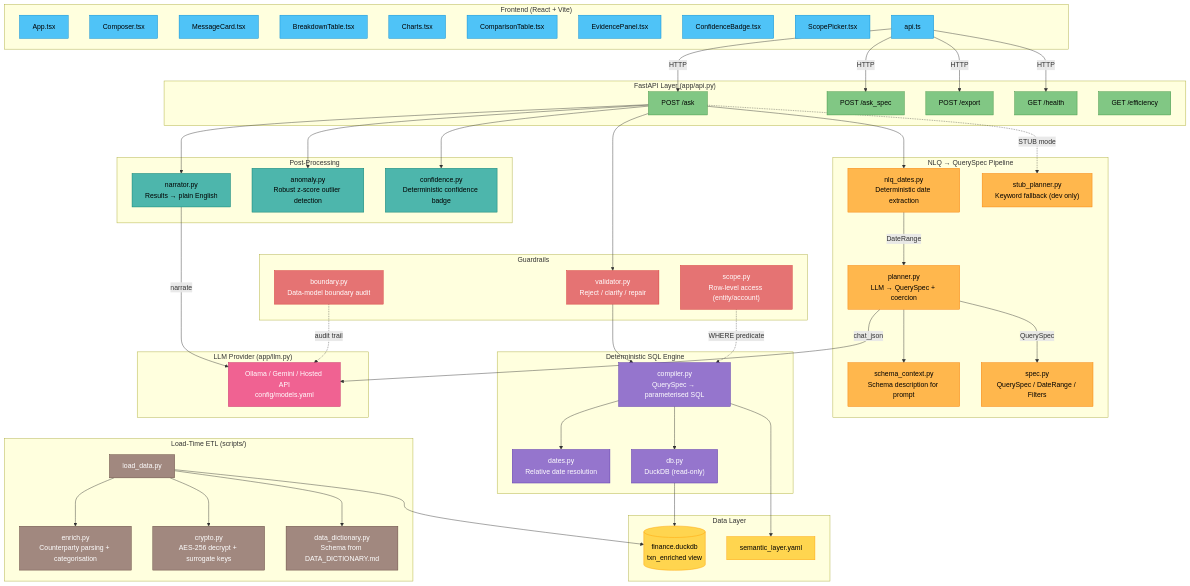
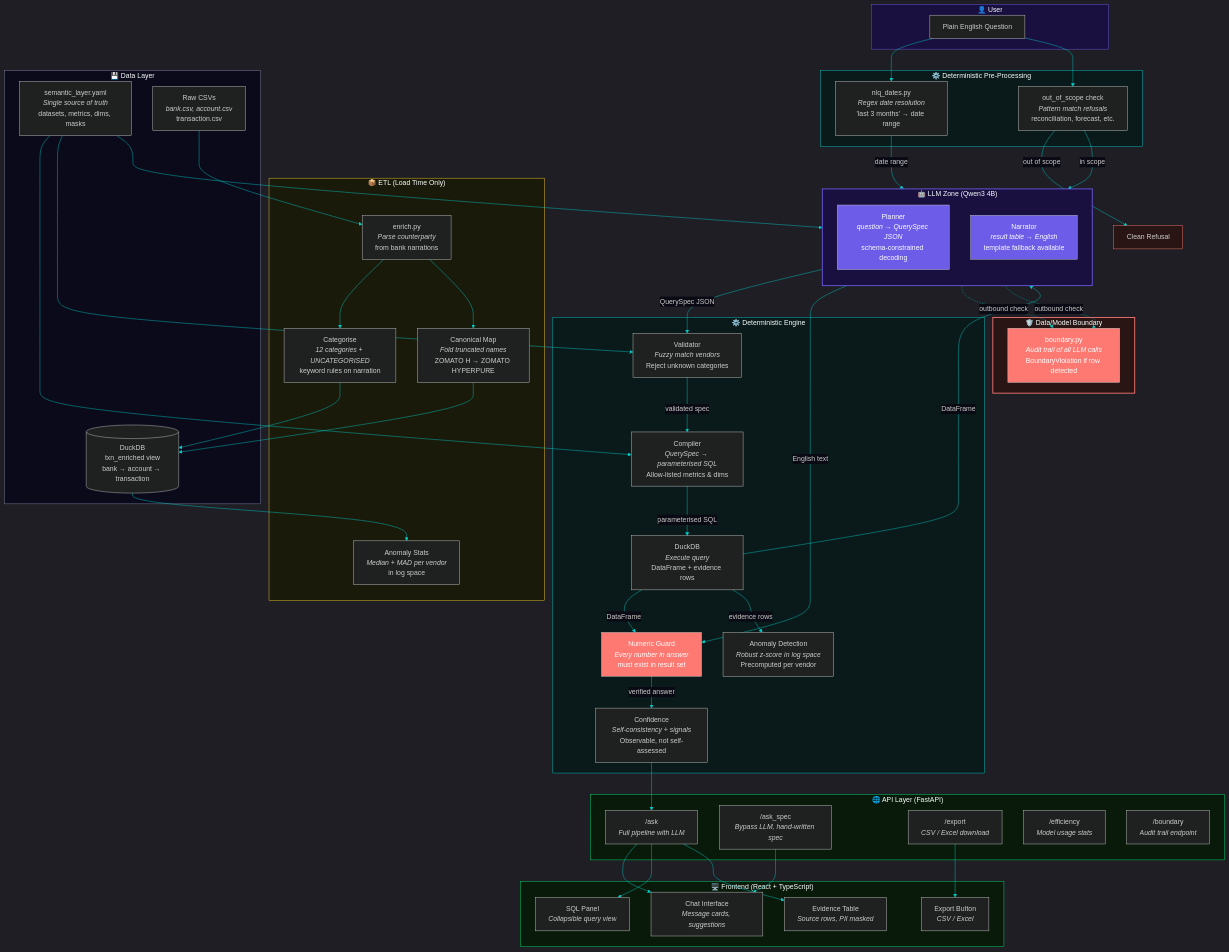
Before and after one commit to Aahan215/ByteRideFinanceAssistant: the diagram in ARCHITECTURE.md, drawn with Mermaid. The commit also changed other lines of this file, not shown here.

Commit message:
Added changes

````diff
--- a/ARCHITECTURE.md
+++ b/ARCHITECTURE.md
@@ -3,124 +1,114 @@
 ```mermaid
-graph TB
-    subgraph Frontend["Frontend (React + Vite)"]
-        UI[App.tsx]
-        Composer[Composer.tsx]
-        MessageCard[MessageCard.tsx]
-        BreakdownTable[BreakdownTable.tsx]
-        Charts[Charts.tsx]
-        ComparisonTable[ComparisonTable.tsx]
-        EvidencePanel[EvidencePanel.tsx]
-        ConfidenceBadge[ConfidenceBadge.tsx]
-        ScopePicker[ScopePicker.tsx]
-        APIClient[api.ts]
+%%{init: {'theme': 'dark', 'themeVariables': { 'primaryColor': '#6c5ce7', 'primaryTextColor': '#f0f0ff', 'primaryBorderColor': '#6c5ce7', 'lineColor': '#00cec9', 'secondaryColor': '#12122a', 'tertiaryColor': '#1a1a3e', 'edgeLabelBackground': '#0a0a14', 'clusterBkg': '#12122a', 'clusterBorder': '#6c5ce7'}}}%%
+
+flowchart TB
+    subgraph USER["👤 User"]
+        Q["Plain English Question"]
     end
 
-    subgraph API["FastAPI Layer (app/api.py)"]
-        AskEndpoint["POST /ask"]
-        AskSpecEndpoint["POST /ask_spec"]
-        ExportEndpoint["POST /export"]
-        HealthEndpoint["GET /health"]
-        EfficiencyEndpoint["GET /efficiency"]
+    subgraph DETERMINISTIC_PRE["⚙️ Deterministic Pre-Processing"]
+        NLQ["nlq_dates.py<br/><i>Regex date resolution</i><br/>'last 3 months' → date range"]
+        OOS["out_of_scope check<br/><i>Pattern match refusals</i><br/>reconciliation, forecast, etc."]
     end
 
-    subgraph Planning["NLQ → QuerySpec Pipeline"]
-        NLQDates["nlq_dates.py<br/>Deterministic date extraction"]
-        Planner["planner.py<br/>LLM → QuerySpec + coercion"]
-        StubPlanner["stub_planner.py<br/>Keyword fallback (dev only)"]
-        SchemaContext["schema_context.py<br/>Schema description for prompt"]
-        Spec["spec.py<br/>QuerySpec / DateRange / Filters"]
+    subgraph LLM_ZONE["🤖 LLM Zone (Qwen3 4B)"]
+        direction TB
+        PLAN["Planner<br/><i>question → QuerySpec JSON</i><br/>schema-constrained decoding"]
+        NAR["Narrator<br/><i>result table → English</i><br/>template fallback available"]
     end
 
-    subgraph Validation["Guardrails"]
-        Validator["validator.py<br/>Reject / clarify / repair"]
-        Boundary["boundary.py<br/>Data-model boundary audit"]
-        Scope["scope.py<br/>Row-level access (entity/account)"]
+    subgraph DETERMINISTIC_POST["⚙️ Deterministic Engine"]
+        VAL["Validator<br/><i>Fuzzy match vendors</i><br/>Reject unknown categories"]
+        COMP["Compiler<br/><i>QuerySpec → parameterised SQL</i><br/>Allow-listed metrics & dims"]
+        DUCK["DuckDB<br/><i>Execute query</i><br/>DataFrame + evidence rows"]
+        GUARD["Numeric Guard<br/><i>Every number in answer</i><br/>must exist in result set"]
+        CONF["Confidence<br/><i>Self-consistency + signals</i><br/>Observable, not self-assessed"]
+        ANOM["Anomaly Detection<br/><i>Robust z-score in log space</i><br/>Precomputed per vendor"]
     end
 
-    subgraph Execution["Deterministic SQL Engine"]
-        Compiler["compiler.py<br/>QuerySpec → parameterised SQL"]
-        Dates["dates.py<br/>Relative date resolution"]
-        DB["db.py<br/>DuckDB (read-only)"]
+    subgraph ETL["📦 ETL (Load Time Only)"]
+        ENRICH["enrich.py<br/><i>Parse counterparty</i><br/>from bank narrations"]
+        CAT["Categorise<br/><i>12 categories + UNCATEGORISED</i><br/>keyword rules on narration"]
+        CANON["Canonical Map<br/><i>Fold truncated names</i><br/>ZOMATO H → ZOMATO HYPERPURE"]
+        STATS["Anomaly Stats<br/><i>Median + MAD per vendor</i><br/>in log space"]
     end
 
-    subgraph PostProcessing["Post-Processing"]
-        Narrator["narrator.py<br/>Results → plain English"]
-        Anomaly["anomaly.py<br/>Robust z-score outlier detection"]
-        Confidence["confidence.py<br/>Deterministic confidence badge"]
+    subgraph DATA["💾 Data Layer"]
+        SEM["semantic_layer.yaml<br/><i>Single source of truth</i><br/>datasets, metrics, dims, masks"]
+        DB[("DuckDB<br/>txn_enriched view<br/>bank → account → transaction")]
+        RAW["Raw CSVs<br/><i>bank.csv, account.csv</i><br/>transaction.csv"]
     end
 
-    subgraph ETL["Load-Time ETL (scripts/)"]
-        LoadData["load_data.py"]
-        Enrich["enrich.py<br/>Counterparty parsing + categorisation"]
-        Crypto["crypto.py<br/>AES-256 decrypt + surrogate keys"]
-        DataDict["data_dictionary.py<br/>Schema from DATA_DICTIONARY.md"]
+    subgraph BOUNDARY["🛡️ Data/Model Boundary"]
+        BND["boundary.py<br/><i>Audit trail of all LLM calls</i><br/>BoundaryViolation if row detected"]
     end
 
-    subgraph ExternalModel["LLM Provider (app/llm.py)"]
-        LLM["Ollama / Gemini / Hosted API<br/>config/models.yaml"]
+    subgraph API["🌐 API Layer (FastAPI)"]
+        ASK["/ask<br/><i>Full pipeline with LLM</i>"]
+        ASKSPEC["/ask_spec<br/><i>Bypass LLM, hand-written spec</i>"]
+        EXP["/export<br/><i>CSV / Excel download</i>"]
+        EFF["/efficiency<br/><i>Model usage stats</i>"]
+        BNDEP["/boundary<br/><i>Audit trail endpoint</i>"]
     end
 
-    subgraph Storage["Data Layer"]
-        DuckDB[(finance.duckdb<br/>txn_enriched view)]
-        SemanticLayer["semantic_layer.yaml"]
+    subgraph UI["🖥️ Frontend (React + TypeScript)"]
+        CHAT["Chat Interface<br/><i>Message cards, suggestions</i>"]
+        SQLP["SQL Panel<br/><i>Collapsible query view</i>"]
+        EVID["Evidence Table<br/><i>Source rows, PII masked</i>"]
+        EXPB["Export Button<br/><i>CSV / Excel</i>"]
     end
 
-    %% Frontend → API
-    APIClient -->|HTTP| AskEndpoint
-    APIClient -->|HTTP| AskSpecEndpoint
-    APIClient -->|HTTP| ExportEndpoint
-    APIClient -->|HTTP| HealthEndpoint
-
-    %% API → Planning
-    AskEndpoint --> NLQDates
-    NLQDates -->|DateRange| Planner
-    Planner --> SchemaContext
-    Planner -->|chat_json| LLM
-    Planner -->|QuerySpec| Spec
-    AskEndpoint -.->|STUB mode| StubPlanner
-
-    %% API → Validation → Execution
-    AskEndpoint --> Validator
-    Validator --> Compiler
-    Compiler --> Dates
-    Compiler --> DB
-    Scope -.->|WHERE predicate| Compiler
-    DB --> DuckDB
-    Compiler --> SemanticLayer
-
-    %% API → Post-Processing
-    AskEndpoint --> Narrator
-    Narrator -->|narrate| LLM
-    AskEndpoint --> Anomaly
-    AskEndpoint --> Confidence
+    %% Main flow
+    Q --> NLQ
+    Q --> OOS
+    OOS -->|"in scope"| PLAN
+    OOS -->|"out of scope"| REFUSE["Clean Refusal"]
+    NLQ -->|"date range"| PLAN
+    PLAN -->|"QuerySpec JSON"| VAL
+    VAL -->|"validated spec"| COMP
+    COMP -->|"parameterised SQL"| DUCK
+    DUCK -->|"DataFrame"| NAR
+    DUCK -->|"DataFrame"| GUARD
+    DUCK -->|"evidence rows"| ANOM
+    NAR -->|"English text"| GUARD
+    GUARD -->|"verified answer"| CONF
+    CONF --> ASK
 
     %% Boundary enforcement
-    Boundary -.->|audit trail| LLM
+    PLAN -.->|"outbound check"| BND
+    NAR -.->|"outbound check"| BND
 
-    %% ETL → Storage
-    LoadData --> Enrich
-    LoadData --> Crypto
-    LoadData --> DataDict
-    LoadData --> DuckDB
+    %% ETL flow
+    RAW --> ENRICH
+    ENRICH --> CAT
+    ENRICH --> CANON
+    CAT --> DB
+    CANON --> DB
+    DB --> STATS
+    SEM --> COMP
+    SEM --> VAL
+    SEM --> PLAN
+
+    %% API to UI
+    ASK --> CHAT
+    ASKSPEC --> CHAT
+    ASK --> SQLP
+    ASK --> EVID
+    EXP --> EXPB
 
     %% Styling
-    classDef frontend fill:#4FC3F7,stroke:#0288D1,color:#000
-    classDef api fill:#81C784,stroke:#388E3C,color:#000
-    classDef planning fill:#FFB74D,stroke:#F57C00,color:#000
-    classDef validation fill:#E57373,stroke:#D32F2F,color:#fff
-    classDef execution fill:#9575CD,stroke:#512DA8,color:#fff
-    classDef postproc fill:#4DB6AC,stroke:#00796B,color:#000
-    classDef etl fill:#A1887F,stroke:#5D4037,color:#fff
-    classDef external fill:#F06292,stroke:#C2185B,color:#fff
-    classDef storage fill:#FFD54F,stroke:#FFA000,color:#000
-
-    class UI,Composer,MessageCard,BreakdownTable,Charts,ComparisonTable,EvidencePanel,ConfidenceBadge,ScopePicker,APIClient frontend
-    class AskEndpoint,AskSpecEndpoint,ExportEndpoint,HealthEndpoint,EfficiencyEndpoint api
-    class NLQDates,Planner,StubPlanner,SchemaContext,Spec planning
-    class Validator,Boundary,Scope validation
-    class Compiler,Dates,DB execution
-    class Narrator,Anomaly,Confidence postproc
-    class LoadData,Enrich,Crypto,DataDict etl
-    class LLM external
-    class DuckDB,SemanticLayer storage
+    style LLM_ZONE fill:#1a1040,stroke:#6c5ce7,stroke-width:2px
+    style BOUNDARY fill:#2a1515,stroke:#fd7972,stroke-width:2px
+    style DETERMINISTIC_PRE fill:#0a1a1a,stroke:#00cec9,stroke-width:1px
+    style DETERMINISTIC_POST fill:#0a1a1a,stroke:#00cec9,stroke-width:1px
+    style ETL fill:#1a1a0a,stroke:#ffd32a,stroke-width:1px
+    style DATA fill:#0a0a1a,stroke:#8888aa,stroke-width:1px
+    style API fill:#0a1a0a,stroke:#00e676,stroke-width:1px
+    style UI fill:#0a1a0a,stroke:#00e676,stroke-width:1px
+    style USER fill:#1a1040,stroke:#6c5ce7,stroke-width:1px
+    style REFUSE fill:#2a1515,stroke:#fd7972
+    style PLAN fill:#6c5ce7,color:#fff
+    style NAR fill:#6c5ce7,color:#fff
+    style GUARD fill:#fd7972,color:#fff
+    style BND fill:#fd7972,color:#fff
 ```
````
